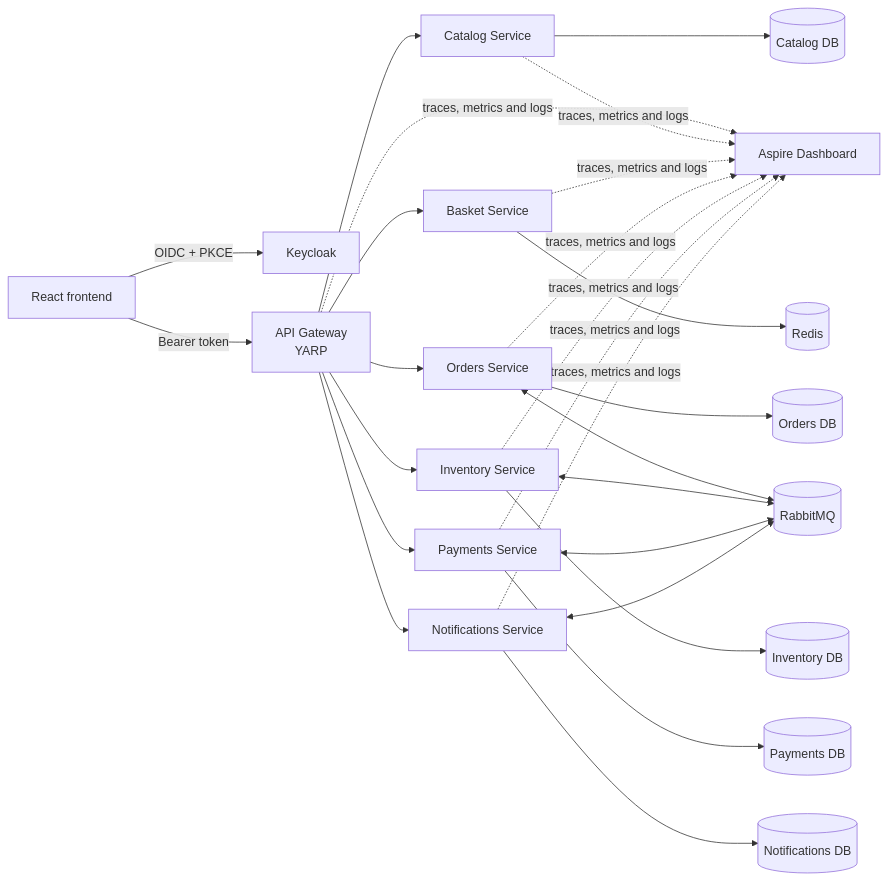
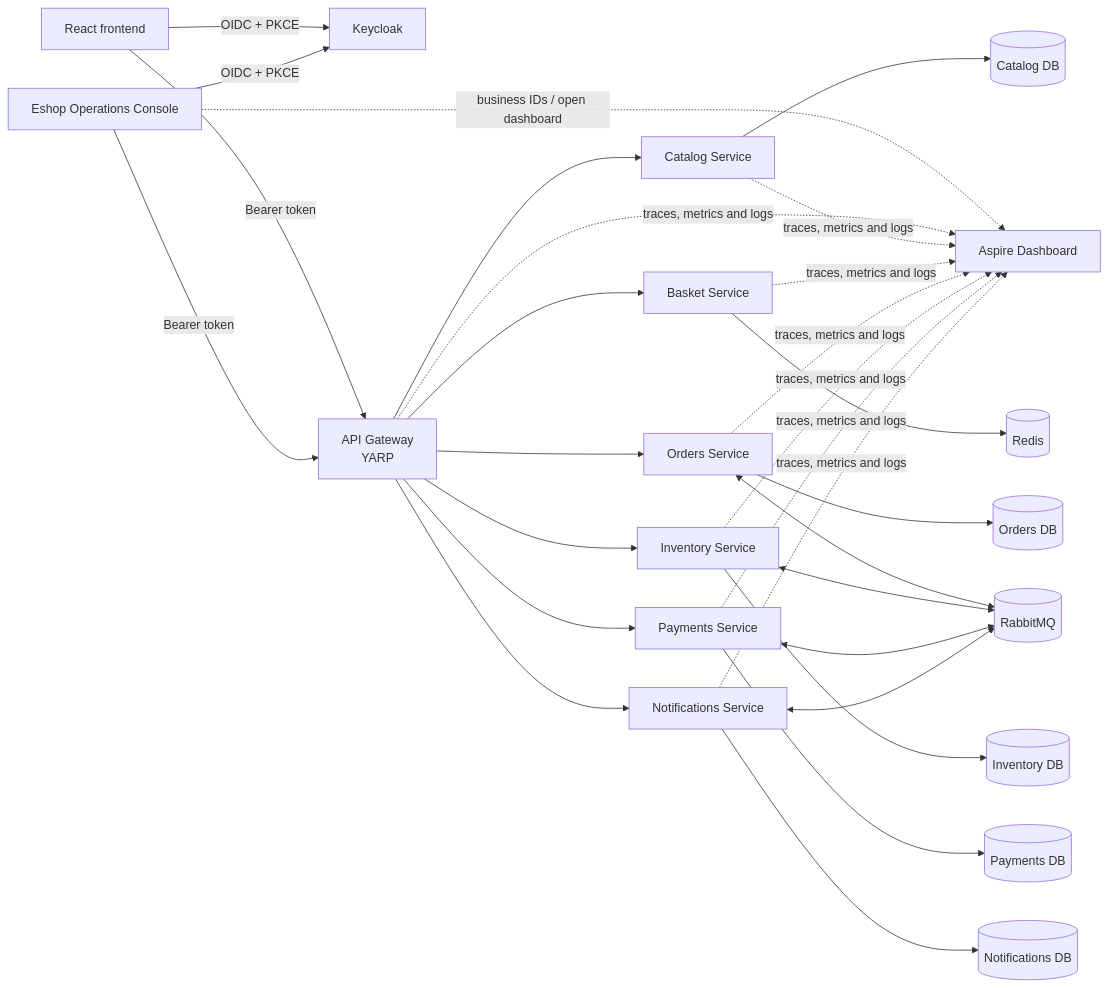
Before and after one commit to MBMor/MicroS_04_Eshop: the first of 2 diagrams in README.md, drawn with Mermaid. The commit also changed other lines of this file and 2 other files, not shown here.

Commit message:
docs: finalize operations console documentation

````diff
--- a/README.md
+++ b/README.md
@@ -88,56 +101,60 @@
 ```mermaid
 flowchart LR
     Browser[React frontend]
+    Operations[Eshop Operations Console]
     Keycloak[Keycloak]
 
     Gateway[API Gateway<br/>YARP]
 
     Catalog[Catalog Service]
     Basket[Basket Service]
     Orders[Orders Service]
     Inventory[Inventory Service]
     Payments[Payments Service]
     Notifications[Notifications Service]
 
     Redis[(Redis)]
 
     CatalogDb[(Catalog DB)]
     OrdersDb[(Orders DB)]
     InventoryDb[(Inventory DB)]
     PaymentsDb[(Payments DB)]
     NotificationsDb[(Notifications DB)]
 
     RabbitMQ[(RabbitMQ)]
     Aspire[Aspire Dashboard]
 
     Browser -->|OIDC + PKCE| Keycloak
     Browser -->|Bearer token| Gateway
+    Operations -->|OIDC + PKCE| Keycloak
+    Operations -->|Bearer token| Gateway
+    Operations -. business IDs / open dashboard .-> Aspire
 
     Gateway --> Catalog
     Gateway --> Basket
     Gateway --> Orders
     Gateway --> Inventory
     Gateway --> Payments
     Gateway --> Notifications
 
     Basket --> Redis
 
     Catalog --> CatalogDb
     Orders --> OrdersDb
     Inventory --> InventoryDb
     Payments --> PaymentsDb
     Notifications --> NotificationsDb
 
     Orders <--> RabbitMQ
     Inventory <--> RabbitMQ
     Payments <--> RabbitMQ
     Notifications <--> RabbitMQ
 
     Gateway -. traces, metrics and logs .-> Aspire
     Catalog -. traces, metrics and logs .-> Aspire
     Basket -. traces, metrics and logs .-> Aspire
     Orders -. traces, metrics and logs .-> Aspire
     Inventory -. traces, metrics and logs .-> Aspire
     Payments -. traces, metrics and logs .-> Aspire
     Notifications -. traces, metrics and logs .-> Aspire
 ```
````
